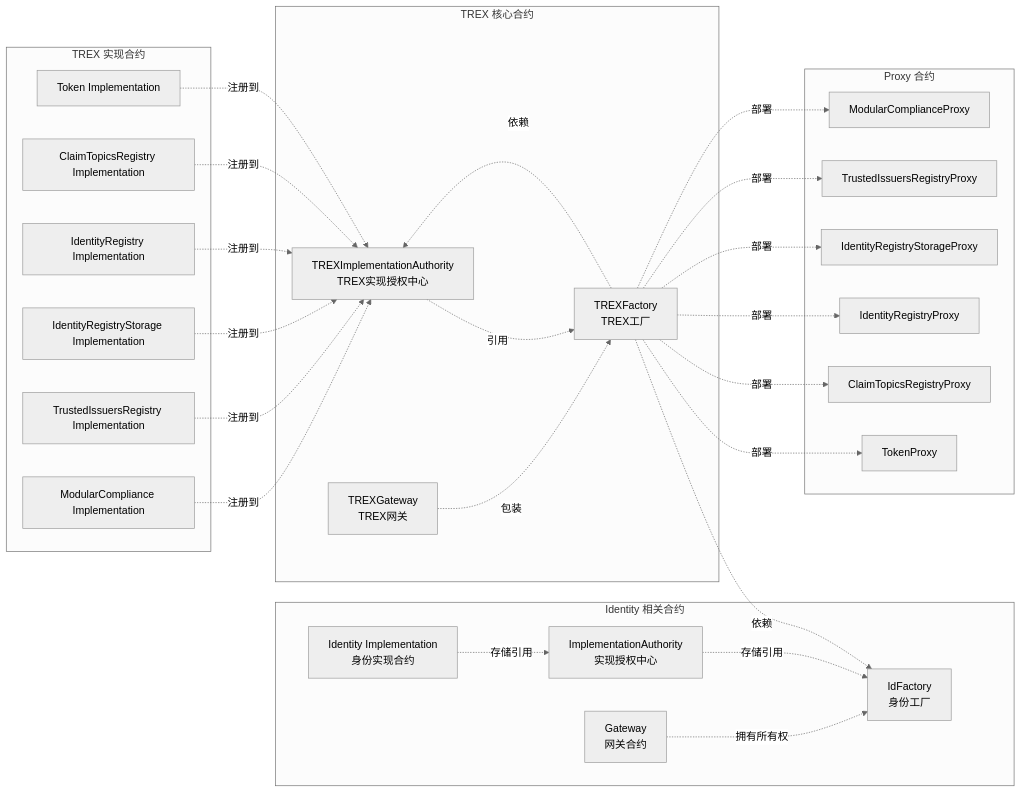
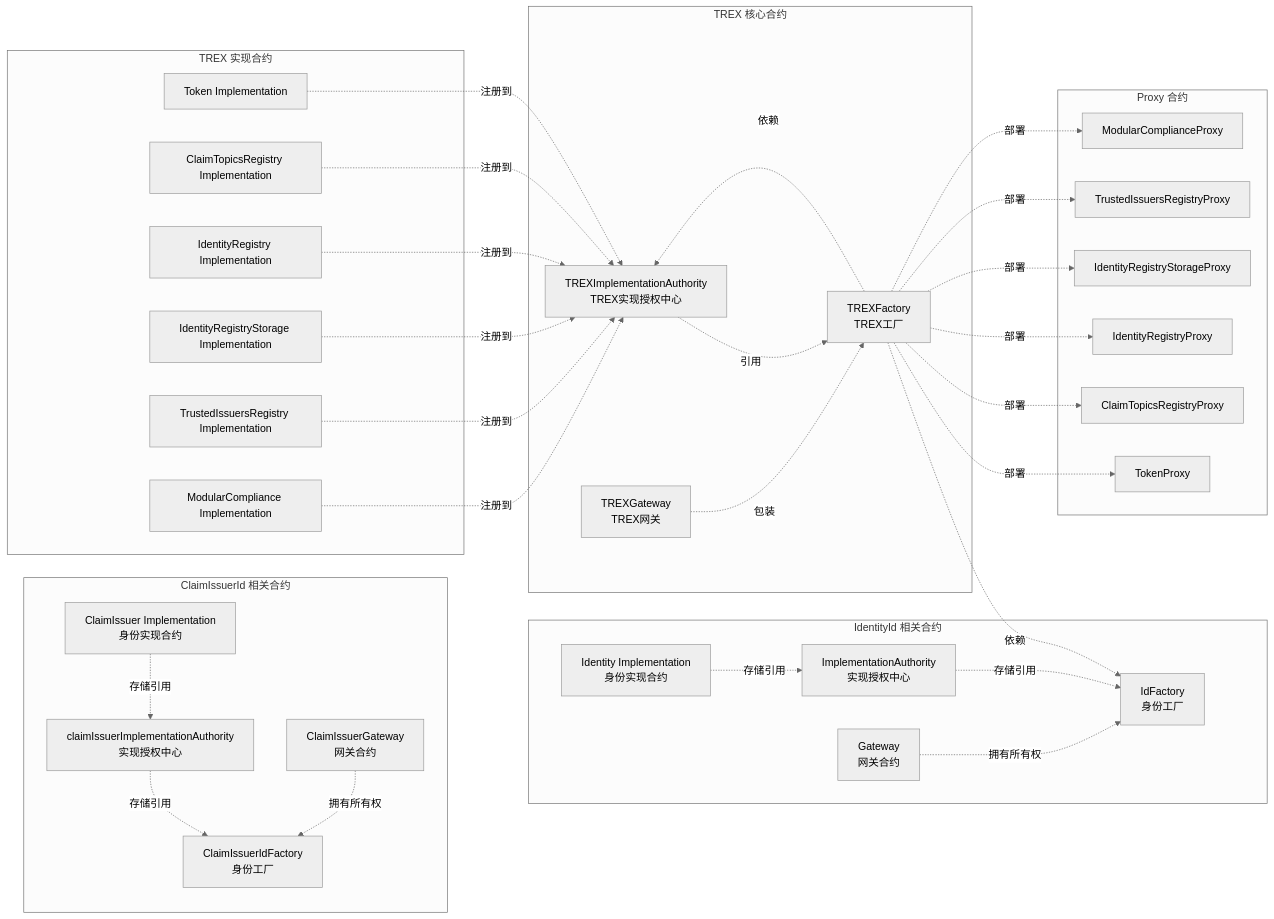
Before and after one commit to Joshuashen022/erc-3643-demo: the first of 2 diagrams in document/deploy.md, drawn with Mermaid (neutral theme). The commit also changed other lines of this file and 7 other files, not shown here.

````diff
--- a/document/deploy.md
+++ b/document/deploy.md
@@ -7,56 +7,67 @@
 ```mermaid
 graph LR
-    subgraph "Identity 相关合约"
+    subgraph "IdentityId 相关合约"
         IdentityImpl[Identity Implementation<br/>身份实现合约]
         IA[ImplementationAuthority<br/>实现授权中心]
         IdFactory[IdFactory<br/>身份工厂]
         Gateway[Gateway<br/>网关合约]
         
         IdentityImpl -.->|存储引用| IA
         IA -.->|存储引用| IdFactory
         Gateway -.->|拥有所有权| IdFactory
     end
     
+    subgraph "ClaimIssuerId 相关合约"
+        ClaimIssuerImpl[ClaimIssuer Implementation<br/>身份实现合约]
+        CIA[claimIssuerImplementationAuthority<br/>实现授权中心]
+        ClaimIssuerIdFactory[ClaimIssuerIdFactory<br/>身份工厂]
+        ClaimIssuerGateway[ClaimIssuerGateway<br/>网关合约]
+        
+        ClaimIssuerImpl -.->|存储引用| CIA
+        CIA -.->|存储引用| ClaimIssuerIdFactory
+        ClaimIssuerGateway -.->|拥有所有权| ClaimIssuerIdFactory
+    end
+
     subgraph "TREX 实现合约"
         TokenImpl[Token Implementation]
         CTRImpl[ClaimTopicsRegistry Implementation]
         IRImpl[IdentityRegistry Implementation]
         IRSImpl[IdentityRegistryStorage Implementation]
         TIRImpl[TrustedIssuersRegistry Implementation]
         MCImpl[ModularCompliance Implementation]
     end
     
     subgraph "TREX 核心合约"
         TREXIA[TREXImplementationAuthority<br/>TREX实现授权中心]
         TREXFactory[TREXFactory<br/>TREX工厂]
         TREXGateway[TREXGateway<br/>TREX网关]
         
         TokenImpl -.->|注册到| TREXIA
         CTRImpl -.->|注册到| TREXIA
         IRImpl -.->|注册到| TREXIA
         IRSImpl -.->|注册到| TREXIA
         TIRImpl -.->|注册到| TREXIA
         MCImpl -.->|注册到| TREXIA
         
         TREXIA -.->|引用| TREXFactory
         TREXFactory -.->|依赖| TREXIA
         TREXFactory -.->|依赖| IdFactory
         TREXGateway -.->|包装| TREXFactory
     end
     
    subgraph "Proxy 合约"
         TokenProxy[TokenProxy]
         CTRProxy[ClaimTopicsRegistryProxy]
         IRProxy[IdentityRegistryProxy]
         IRSProxy[IdentityRegistryStorageProxy]
         TIRProxy[TrustedIssuersRegistryProxy]
         MCProxy[ModularComplianceProxy]
         
          TREXFactory -.->|部署|TokenProxy 
          TREXFactory -.->|部署|CTRProxy 
          TREXFactory -.->|部署|IRProxy 
        TREXFactory   -.->|部署|IRSProxy 
         TREXFactory  -.->|部署|TIRProxy 
         TREXFactory  -.->|部署|MCProxy  
     end
 ```
````
